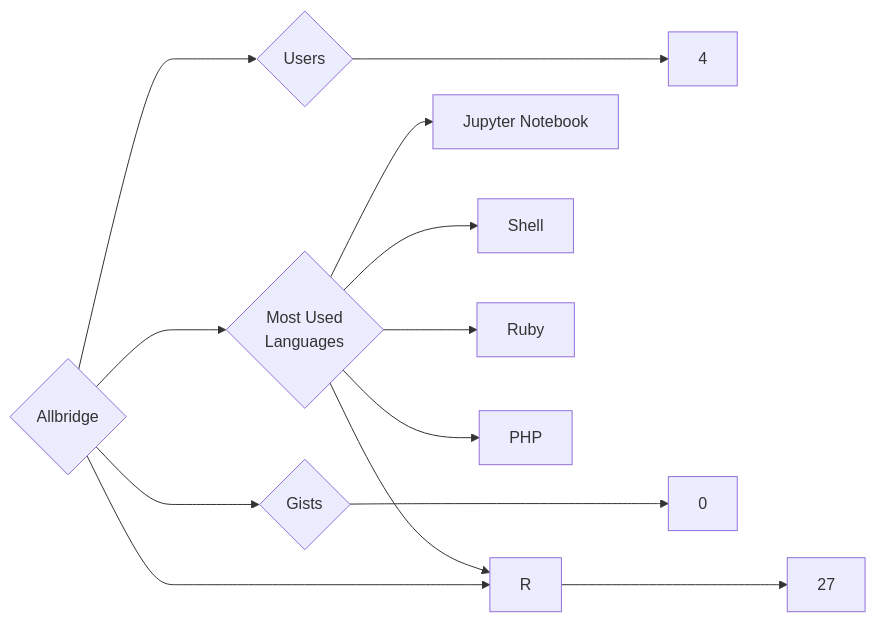
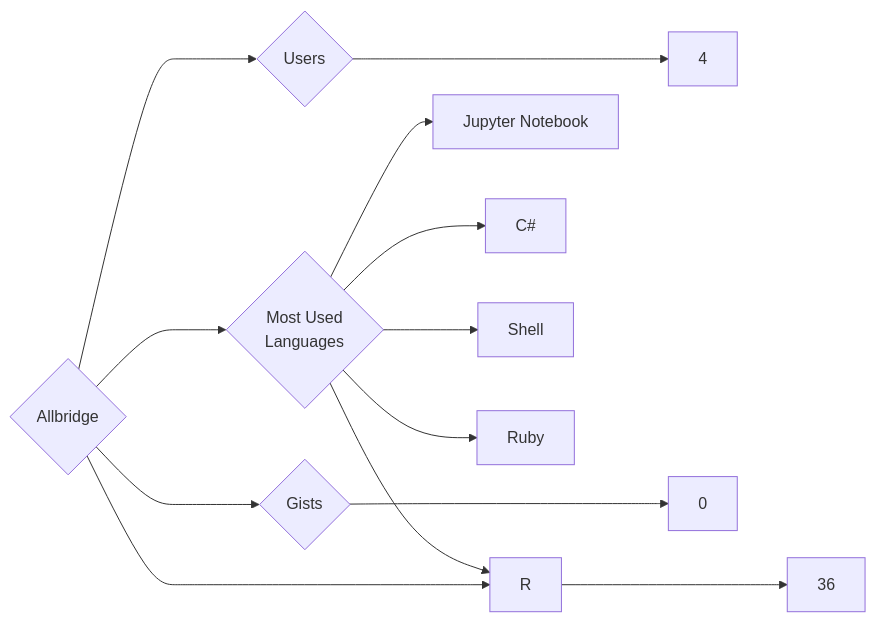
The diagram in targets/Allbridge/README.md (trickest/insiders), drawn with Mermaid before and after one commit. The commit also changed 1166 other files, not shown here.

````diff
--- a/targets/Allbridge/README.md
+++ b/targets/Allbridge/README.md
@@ -3,13 +3,13 @@
 ```mermaid
 graph LR
 COMPANY_NAME{Allbridge}
 COMPANY_NAME ---> U{Users} ---> UN[4]
-COMPANY_NAME ---> R{Repositories} ---> RN[27]
+COMPANY_NAME ---> R{Repositories} ---> RN[36]
 COMPANY_NAME ---> G{Gists} ---> GN[0]
 COMPANY_NAME ---> ML{Most Used<br>Languages}
 ML --> Jupyter_Notebook[Jupyter Notebook]
+ML --> C#[C#]
 ML --> Shell[Shell]
 ML --> Ruby[Ruby]
 ML --> R[R]
-ML --> PHP[PHP]
 ```
````
